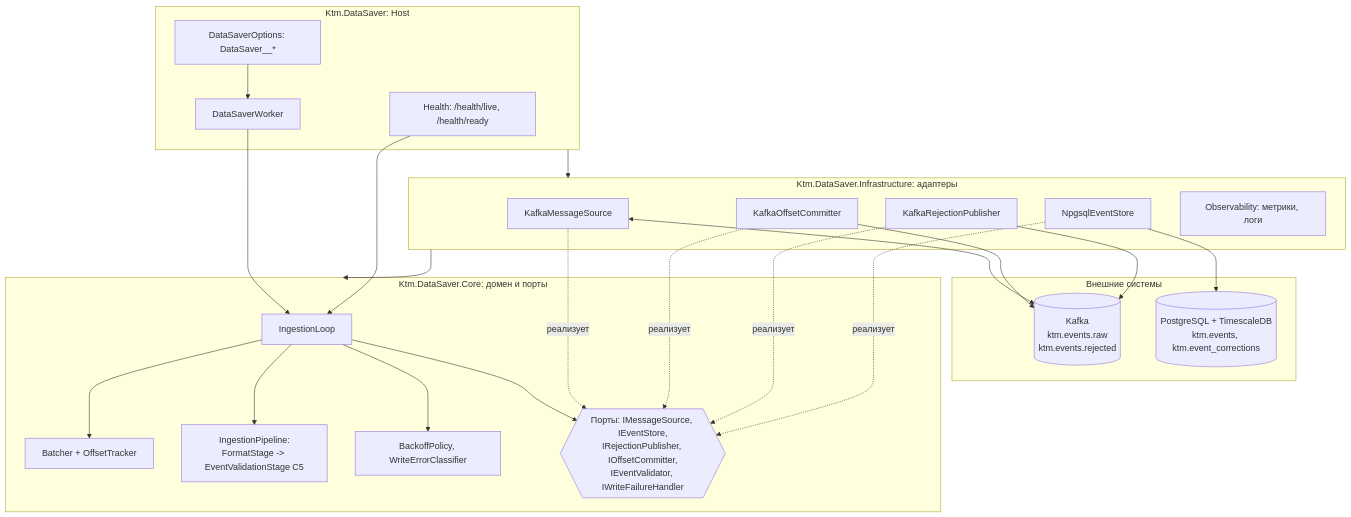
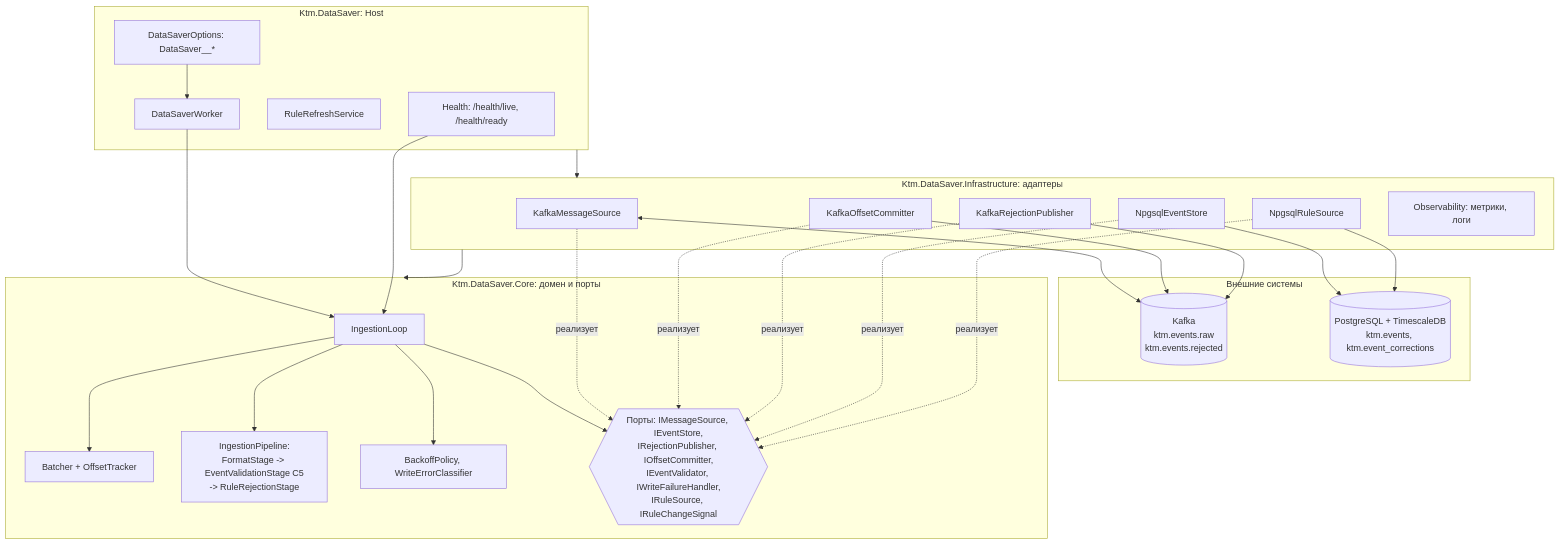
The second of 3 diagrams in src/README.md (mmg163/ktm_backend), drawn with Mermaid before and after one commit. The commit also changed other lines of this file and 4 other files, not shown here.

````diff
--- a/src/README.md
+++ b/src/README.md
@@ -65,47 +69,51 @@
 ```mermaid
 flowchart TB
     subgraph EXT[Внешние системы]
         K[(Kafka<br/>ktm.events.raw<br/>ktm.events.rejected)]
         PG[(PostgreSQL + TimescaleDB<br/>ktm.events, ktm.event_corrections)]
     end
 
     subgraph HOST[Ktm.DataSaver: Host]
         W[DataSaverWorker]
+        RS[RuleRefreshService]
         H[Health: /health/live, /health/ready]
         CFG[DataSaverOptions: DataSaver__*]
     end
 
     subgraph INFRA[Ktm.DataSaver.Infrastructure: адаптеры]
         KS[KafkaMessageSource]
         KC[KafkaOffsetCommitter]
         KR[KafkaRejectionPublisher]
         NS[NpgsqlEventStore]
+        NR[NpgsqlRuleSource]
         OBS[Observability: метрики, логи]
     end
 
     subgraph CORE[Ktm.DataSaver.Core: домен и порты]
         LOOP[IngestionLoop]
         BT[Batcher + OffsetTracker]
-        PIPE[IngestionPipeline:<br/>FormatStage -> EventValidationStage C5]
+        PIPE[IngestionPipeline:<br/>FormatStage -> EventValidationStage C5<br/>-> RuleRejectionStage]
         RES[BackoffPolicy, WriteErrorClassifier]
-        PORTS{{Порты: IMessageSource, IEventStore,<br/>IRejectionPublisher, IOffsetCommitter,<br/>IEventValidator, IWriteFailureHandler}}
+        PORTS{{Порты: IMessageSource, IEventStore,<br/>IRejectionPublisher, IOffsetCommitter,<br/>IEventValidator, IWriteFailureHandler,<br/>IRuleSource, IRuleChangeSignal}}
     end
 
     W --> LOOP
     H --> LOOP
     CFG --> W
     HOST --> INFRA
     INFRA --> CORE
     LOOP --> BT
     LOOP --> PIPE
     LOOP --> RES
     LOOP --> PORTS
     KS -. реализует .-> PORTS
     KC -. реализует .-> PORTS
     KR -. реализует .-> PORTS
     NS -. реализует .-> PORTS
+    NR -. реализует .-> PORTS
     KS <--> K
     KC --> K
     KR --> K
     NS --> PG
+    NR --> PG
 ```
````
